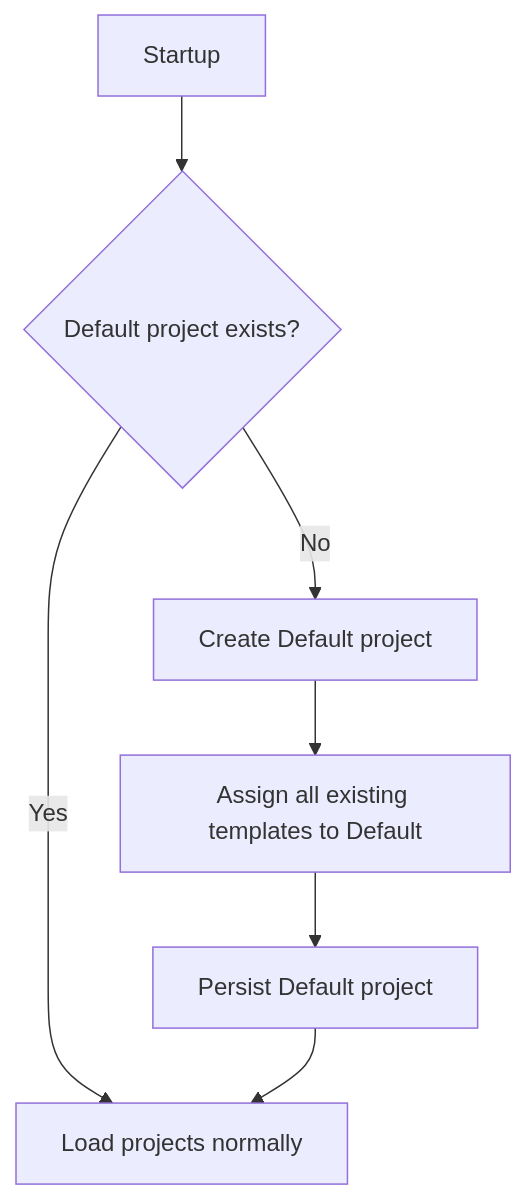
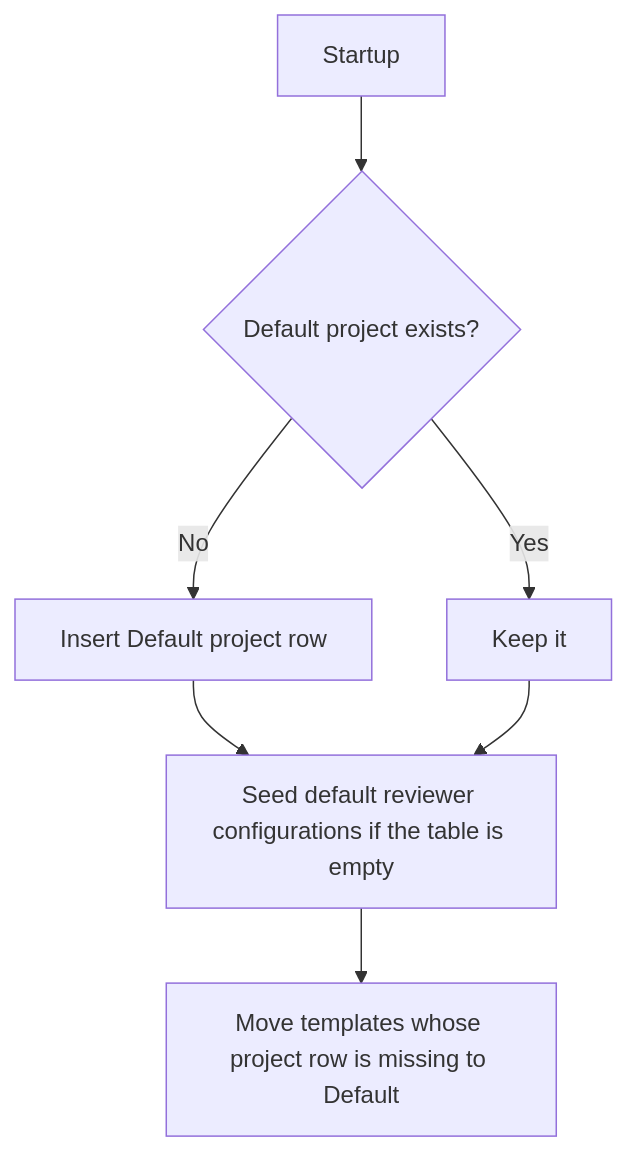
One commit to Chemsorly/coding-agent-automation changed the first of 2 diagrams in docs/internals/projects-internals.md. Above: the diagram before and after it, drawn with Mermaid. The commit also changed other lines of this file, not shown here.

First line of the commit message:
docs: Reconcile docs/internals/projects-internals.md with the code

````diff
--- a/docs/internals/projects-internals.md
+++ b/docs/internals/projects-internals.md
@@ -9,9 +9,9 @@
 ```mermaid
 flowchart TD
     A[Startup] --> B{Default project exists?}
-    B -->|Yes| C[Load projects normally]
-    B -->|No| D[Create Default project]
-    D --> E[Assign all existing templates to Default]
-    E --> F[Persist Default project]
-    F --> C
+    B -->|No| D[Insert Default project row]
+    B -->|Yes| C[Keep it]
+    D --> E[Seed default reviewer configurations if the table is empty]
+    C --> E
+    E --> F[Move templates whose project row is missing to Default]
 ```
````
